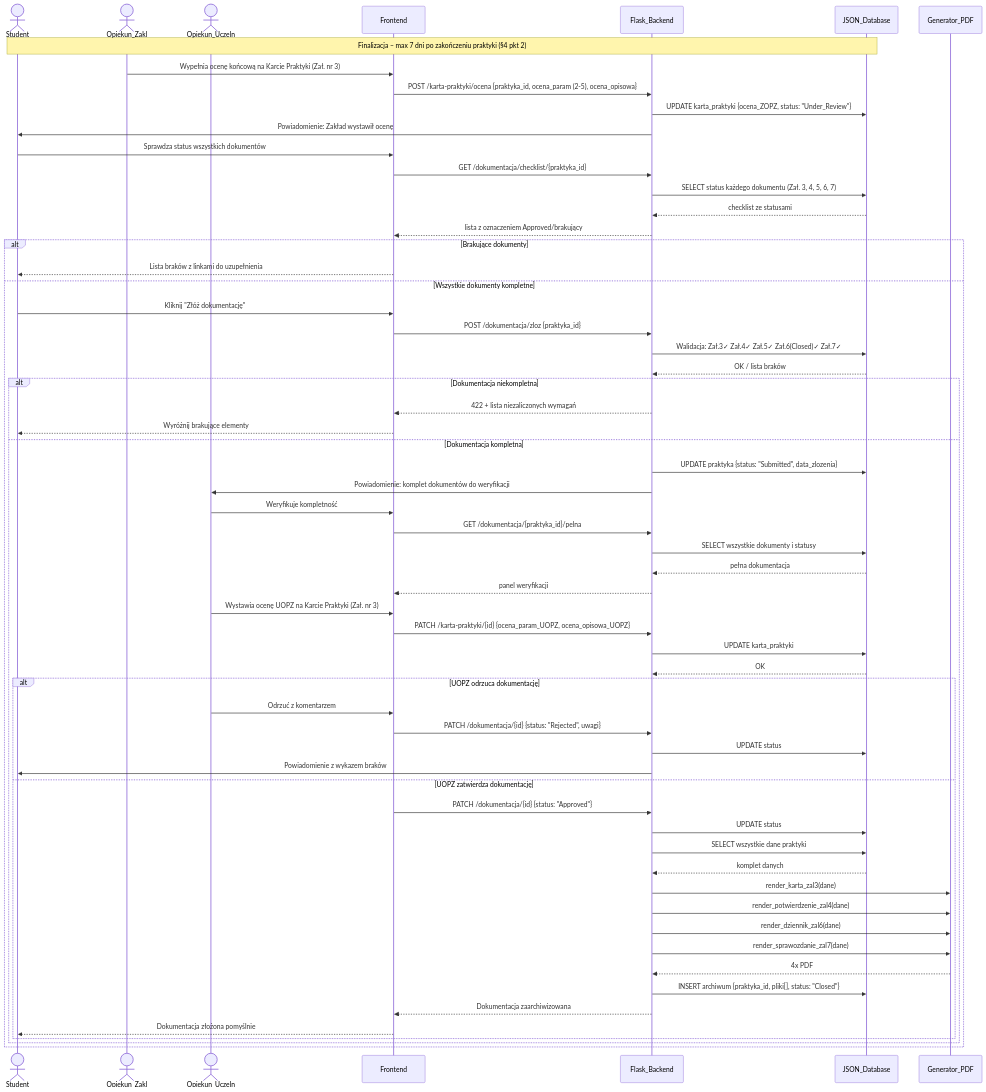
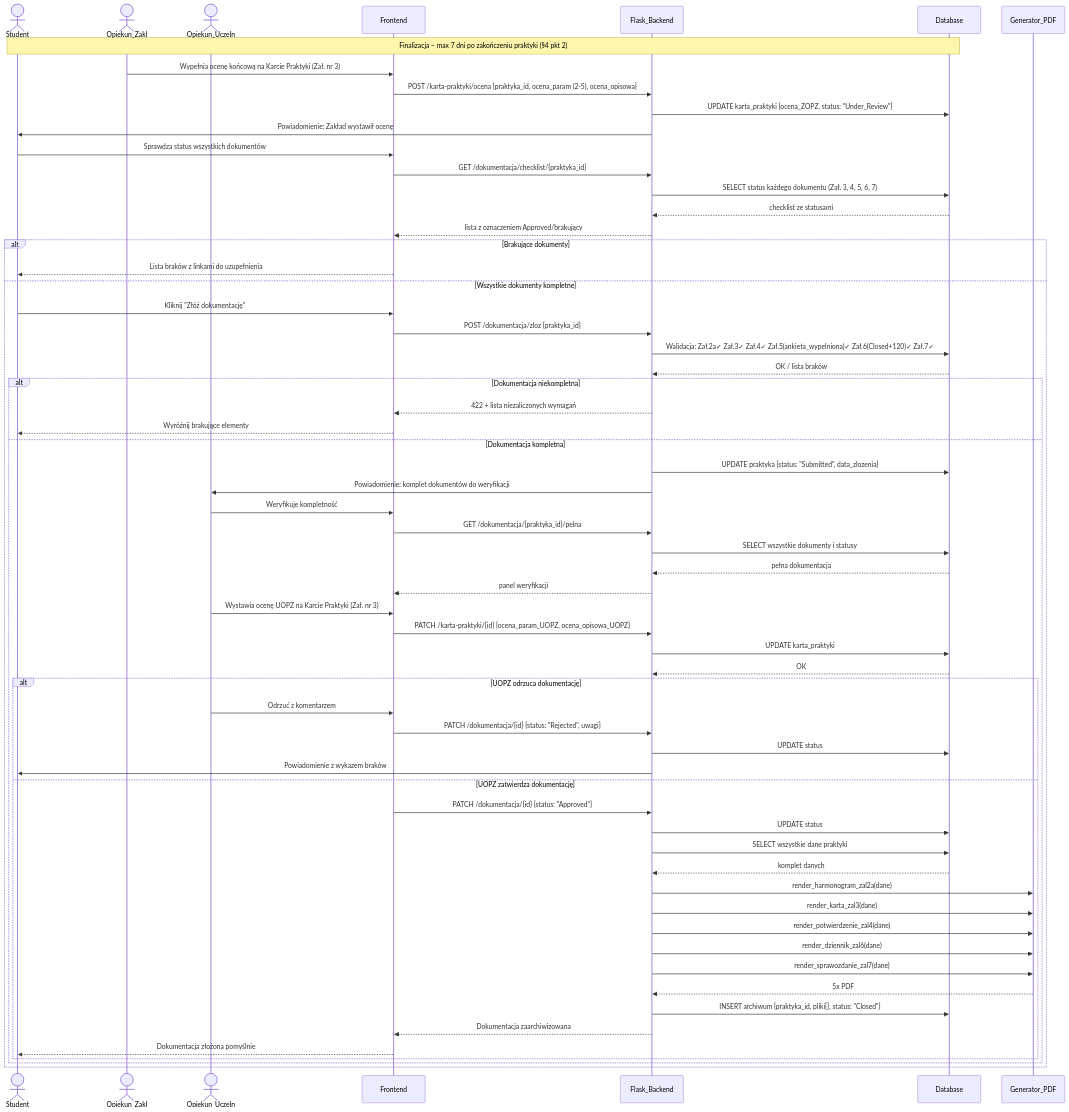
The diagram in docs/diagrams/sequence/06_kompletacja.md (GacusPL/System-Obslugi-Praktyk-Zawodowych), drawn with Mermaid before and after one commit. The commit also changed 16 other files, not shown here.

````diff
--- a/docs/diagrams/sequence/06_kompletacja.md
+++ b/docs/diagrams/sequence/06_kompletacja.md
@@ -4,70 +4,71 @@
 ```mermaid
 sequenceDiagram
     actor S as Student
     actor ZOPZ as Opiekun_Zakl
     actor UOPZ as Opiekun_Uczeln
     participant FE as Frontend
     participant FB as Flask_Backend
-    participant J as JSON_Database
+    participant DB as Database
     participant PDF as Generator_PDF
 
-    Note over S,J: Finalizacja – max 7 dni po zakończeniu praktyki (§4 pkt 2)
+    Note over S,DB: Finalizacja – max 7 dni po zakończeniu praktyki (§4 pkt 2)
     ZOPZ->>FE: Wypełnia ocenę końcową na Karcie Praktyki (Zał. nr 3)
     FE->>FB: POST /karta-praktyki/ocena {praktyka_id, ocena_param (2-5), ocena_opisowa}
-    FB->>J: UPDATE karta_praktyki {ocena_ZOPZ, status: "Under_Review"}
+    FB->>DB: UPDATE karta_praktyki {ocena_ZOPZ, status: "Under_Review"}
     FB->>S: Powiadomienie: Zakład wystawił ocenę
 
     S->>FE: Sprawdza status wszystkich dokumentów
     FE->>FB: GET /dokumentacja/checklist/{praktyka_id}
-    FB->>J: SELECT status każdego dokumentu (Zał. 3, 4, 5, 6, 7)
-    J-->>FB: checklist ze statusami
+    FB->>DB: SELECT status każdego dokumentu (Zał. 3, 4, 5, 6, 7)
+    DB-->>FB: checklist ze statusami
     FB-->>FE: lista z oznaczeniem Approved/brakujący
 
     alt Brakujące dokumenty
         FE-->>S: Lista braków z linkami do uzupełnienia
     else Wszystkie dokumenty kompletne
         S->>FE: Kliknij "Złóż dokumentację"
         FE->>FB: POST /dokumentacja/zloz {praktyka_id}
-        FB->>J: Walidacja: Zał.3✓ Zał.4✓ Zał.5✓ Zał.6(Closed)✓ Zał.7✓
-        J-->>FB: OK / lista braków
+        FB->>DB: Walidacja: Zał.2a✓ Zał.3✓ Zał.4✓ Zał.5(ankieta_wypelniona)✓ Zał.6(Closed+120)✓ Zał.7✓
+        DB-->>FB: OK / lista braków
 
         alt Dokumentacja niekompletna
             FB-->>FE: 422 + lista niezaliczonych wymagań
             FE-->>S: Wyróżnij brakujące elementy
         else Dokumentacja kompletna
-            FB->>J: UPDATE praktyka {status: "Submitted", data_zlozenia}
+            FB->>DB: UPDATE praktyka {status: "Submitted", data_zlozenia}
             FB->>UOPZ: Powiadomienie: komplet dokumentów do weryfikacji
 
             UOPZ->>FE: Weryfikuje kompletność
             FE->>FB: GET /dokumentacja/{praktyka_id}/pelna
-            FB->>J: SELECT wszystkie dokumenty i statusy
-            J-->>FB: pełna dokumentacja
+            FB->>DB: SELECT wszystkie dokumenty i statusy
+            DB-->>FB: pełna dokumentacja
             FB-->>FE: panel weryfikacji
 
             UOPZ->>FE: Wystawia ocenę UOPZ na Karcie Praktyki (Zał. nr 3)
             FE->>FB: PATCH /karta-praktyki/{id} {ocena_param_UOPZ, ocena_opisowa_UOPZ}
-            FB->>J: UPDATE karta_praktyki
-            J-->>FB: OK
+            FB->>DB: UPDATE karta_praktyki
+            DB-->>FB: OK
 
             alt UOPZ odrzuca dokumentację
                 UOPZ->>FE: Odrzuć z komentarzem
                 FE->>FB: PATCH /dokumentacja/{id} {status: "Rejected", uwagi}
-                FB->>J: UPDATE status
+                FB->>DB: UPDATE status
                 FB->>S: Powiadomienie z wykazem braków
             else UOPZ zatwierdza dokumentację
                 FE->>FB: PATCH /dokumentacja/{id} {status: "Approved"}
-                FB->>J: UPDATE status
-                FB->>J: SELECT wszystkie dane praktyki
-                J-->>FB: komplet danych
+                FB->>DB: UPDATE status
+                FB->>DB: SELECT wszystkie dane praktyki
+                DB-->>FB: komplet danych
+                FB->>PDF: render_harmonogram_zal2a(dane)
                 FB->>PDF: render_karta_zal3(dane)
                 FB->>PDF: render_potwierdzenie_zal4(dane)
                 FB->>PDF: render_dziennik_zal6(dane)
                 FB->>PDF: render_sprawozdanie_zal7(dane)
-                PDF-->>FB: 4x PDF
-                FB->>J: INSERT archiwum {praktyka_id, pliki[], status: "Closed"}
+                PDF-->>FB: 5x PDF
+                FB->>DB: INSERT archiwum {praktyka_id, pliki[], status: "Closed"}
                 FB-->>FE: Dokumentacja zaarchiwizowana
                 FE-->>S: Dokumentacja złożona pomyślnie
             end
         end
     end
 ```
````
